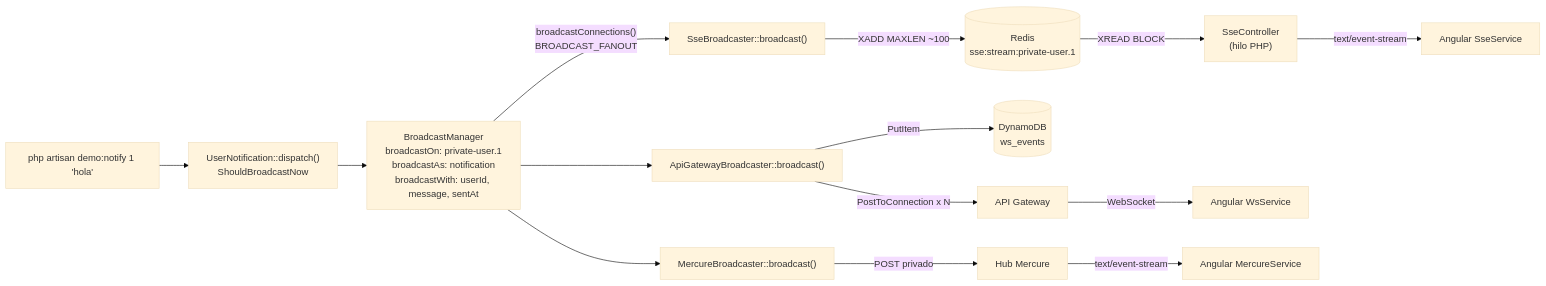
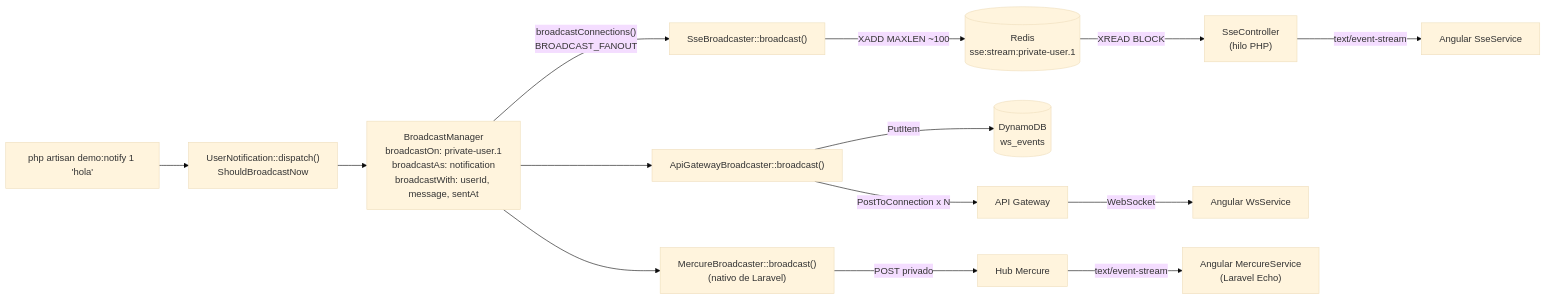
One commit to S3ergio31/eventsource changed the second of 2 diagrams in docs/README.md. Above: the diagram before and after it, drawn with Mermaid (base theme). The commit also changed other lines of this file and 23 other files, not shown here.

Commit message:
Implementación nativa de mercure y laravel echo

````diff
--- a/docs/README.md
+++ b/docs/README.md
@@ -53,18 +55,18 @@
 ```mermaid
 flowchart LR
     CMD["php artisan demo:notify 1 'hola'"] --> EV["UserNotification::dispatch()<br/>ShouldBroadcastNow"]
     EV --> BM["BroadcastManager<br/>broadcastOn: private-user.1<br/>broadcastAs: notification<br/>broadcastWith: userId, message, sentAt"]
     BM -->|"broadcastConnections()<br/>BROADCAST_FANOUT"| D1["SseBroadcaster::broadcast()"]
     BM --> D2["ApiGatewayBroadcaster::broadcast()"]
-    BM --> D3["MercureBroadcaster::broadcast()"]
+    BM --> D3["MercureBroadcaster::broadcast()<br/>(nativo de Laravel)"]
 
     D1 -->|"XADD MAXLEN ~100"| R[("Redis<br/>sse:stream:private-user.1")]
     D2 -->|"PutItem"| DY[("DynamoDB<br/>ws_events")]
     D2 -->|"PostToConnection x N"| GW["API Gateway"]
     D3 -->|"POST privado"| HUB["Hub Mercure"]
 
     R -->|"XREAD BLOCK"| C1["SseController<br/>(hilo PHP)"]
     C1 -->|"text/event-stream"| B1["Angular SseService"]
     GW -->|"WebSocket"| B2["Angular WsService"]
-    HUB -->|"text/event-stream"| B3["Angular MercureService"]
+    HUB -->|"text/event-stream"| B3["Angular MercureService<br/>(Laravel Echo)"]
 ```
````
